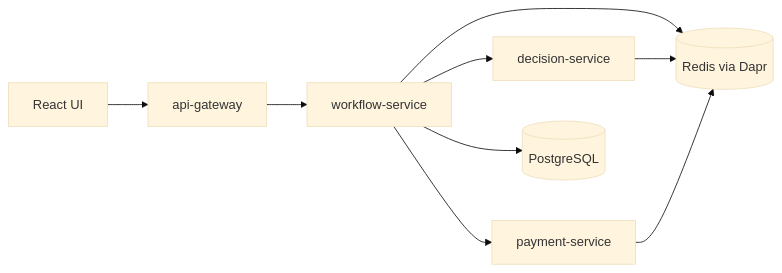
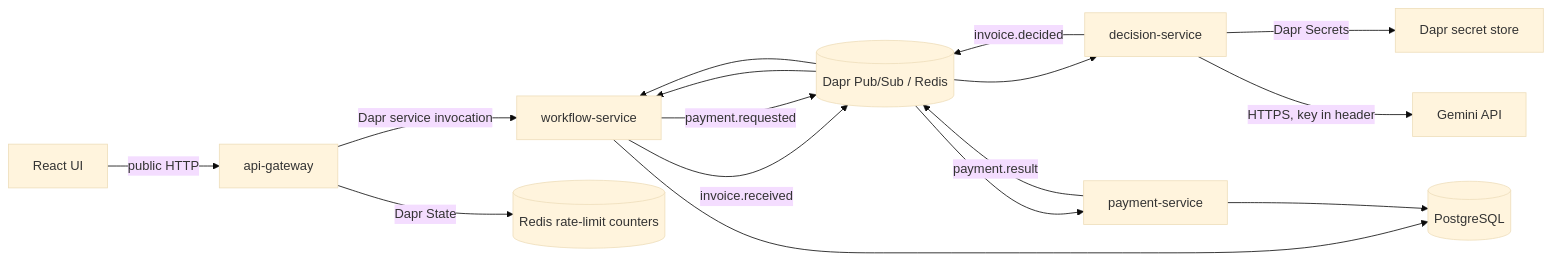
Before and after one commit to noasivan1/approval-flow: the diagram in README.md, drawn with Mermaid (base theme). The commit also changed other lines of this file and 33 other files, not shown here.

````diff
--- a/README.md
+++ b/README.md
@@ -17,12 +29,23 @@
 ```mermaid
 flowchart LR
-    UI[React UI] --> GW[api-gateway]
-    GW --> WF[workflow-service]
-    WF --> DS[decision-service]
-    WF --> PS[payment-service]
+    UI[React UI] -->|public HTTP| GW[api-gateway]
+
+    GW -->|Dapr service invocation| WF[workflow-service]
+
+    WF -->|invoice.received| PUB[(Dapr Pub/Sub / Redis)]
+    PUB --> DS[decision-service]
+    DS -->|invoice.decided| PUB
+    PUB --> WF
+
+    WF -->|payment.requested| PUB
+    PUB --> PS[payment-service]
+    PS -->|payment.result| PUB
+    PUB --> WF
 
     WF --> PG[(PostgreSQL)]
-    WF --> RD[(Redis via Dapr)]
-    DS --> RD
-    PS --> RD
+    PS --> PG
+
+    GW -->|Dapr State| RS[(Redis rate-limit counters)]
+    DS -->|Dapr Secrets| SEC[Dapr secret store]
+    DS -->|HTTPS, key in header| GEMINI[Gemini API]
 ```
````
